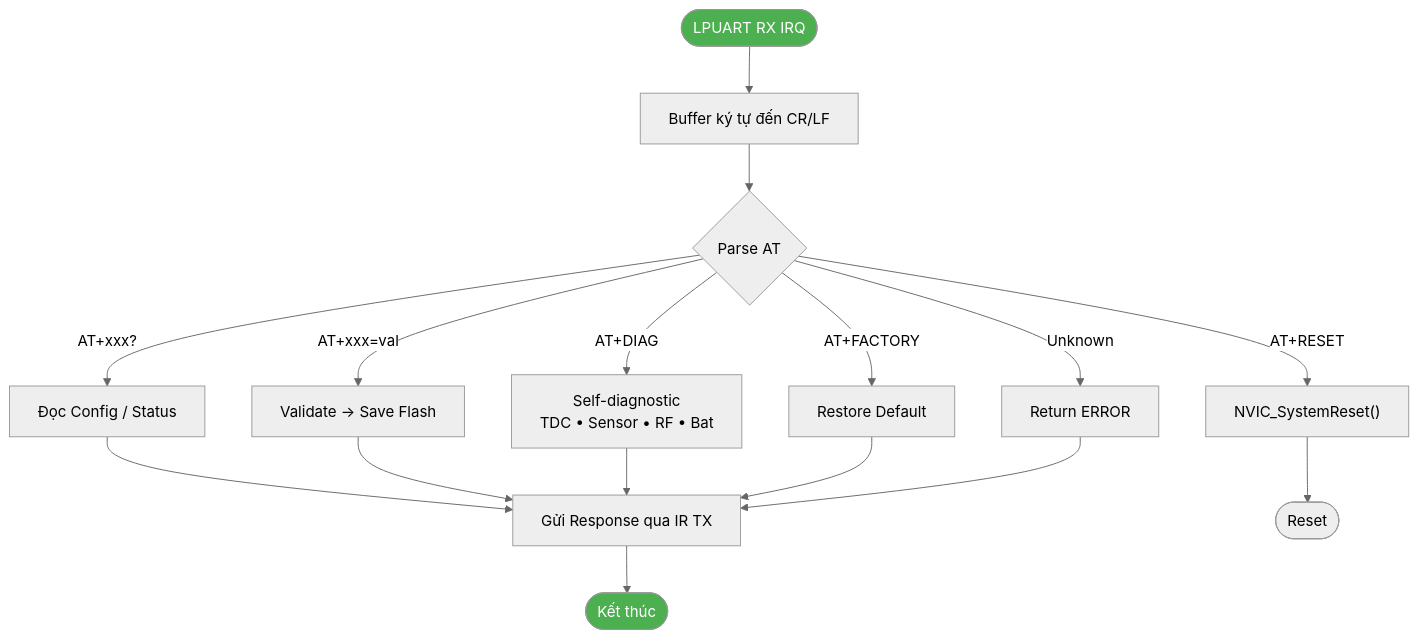
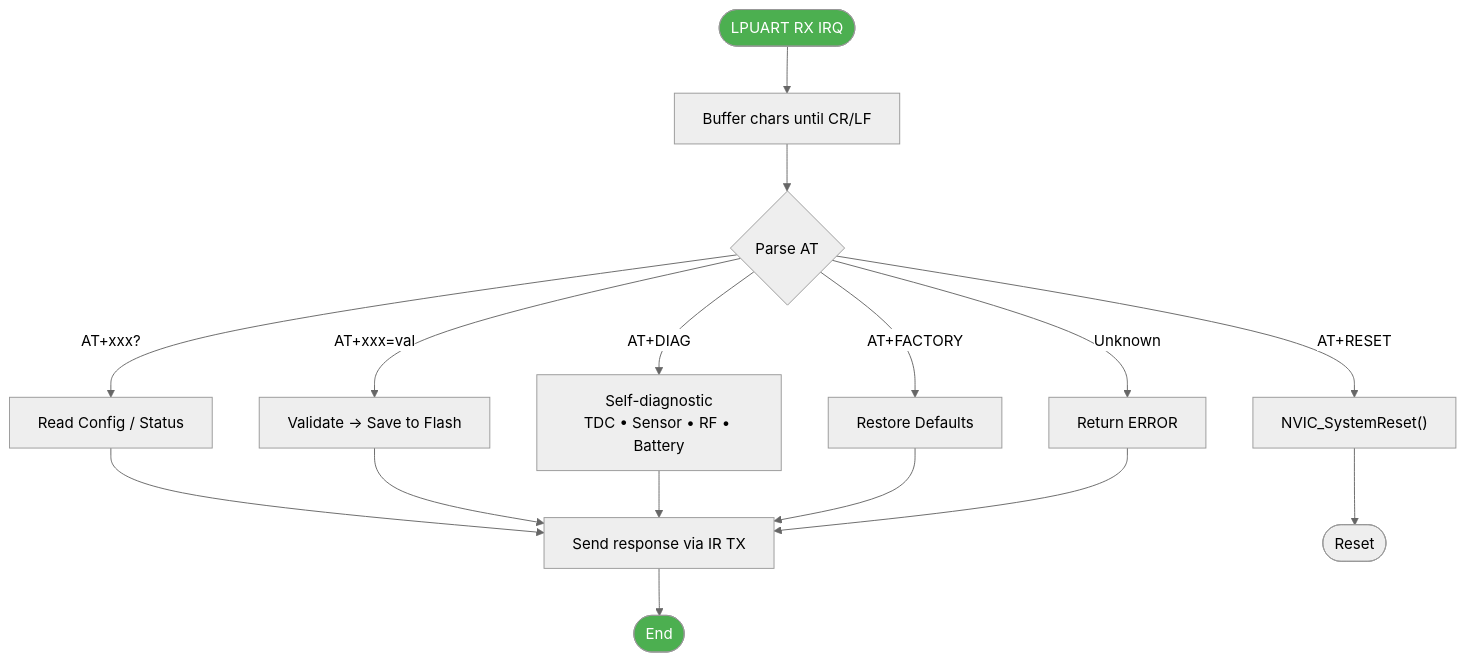
Before and after one commit to tuantran0707/WM: the seventh of 8 diagrams in documentation/DUT/Firmware_Flowchart_BlockDiagram.md, drawn with Mermaid (neutral theme). The commit also changed other lines of this file, not shown here.

````diff
--- a/documentation/DUT/Firmware_Flowchart_BlockDiagram.md
+++ b/documentation/DUT/Firmware_Flowchart_BlockDiagram.md
@@ -220,17 +236,21 @@
 ```mermaid
 flowchart TD
-    A([LPUART RX IRQ]) --> B["Buffer ký tự đến CR/LF"]
+    A([LPUART RX IRQ]) --> B["Buffer chars until CR/LF"]
     B --> C{Parse AT}
-    C -- "AT+xxx?" --> R1["Đọc Config / Status"]
-    C -- "AT+xxx=val" --> R2["Validate → Save Flash"]
-    C -- "AT+DIAG" --> R3["Self-diagnostic<br/>TDC • Sensor • RF • Bat"]
+    C -- "AT+xxx?" --> R1["Read Config / Status"]
+    C -- "AT+xxx=val" --> R2["Validate → Save to Flash"]
+    C -- "AT+DIAG" --> R3["Self-diagnostic<br/>TDC • Sensor • RF • Battery"]
     C -- "AT+RESET" --> R4["NVIC_SystemReset()"]
-    C -- "AT+FACTORY" --> R5["Restore Default"]
+    C -- "AT+FACTORY" --> R5["Restore Defaults"]
     C -- "Unknown" --> R6["Return ERROR"]
-    R1 & R2 & R3 & R5 & R6 --> T["Gửi Response qua IR TX"]
+    R1 --> T
+    R2 --> T
+    R3 --> T
+    R5 --> T
+    R6 --> T["Send response via IR TX"]
     R4 --> RST([Reset])
-    T --> END([Kết thúc])
+    T --> END([End])
 
     style A fill:#4CAF50,color:#fff
     style END fill:#4CAF50,color:#fff
 ```
````
